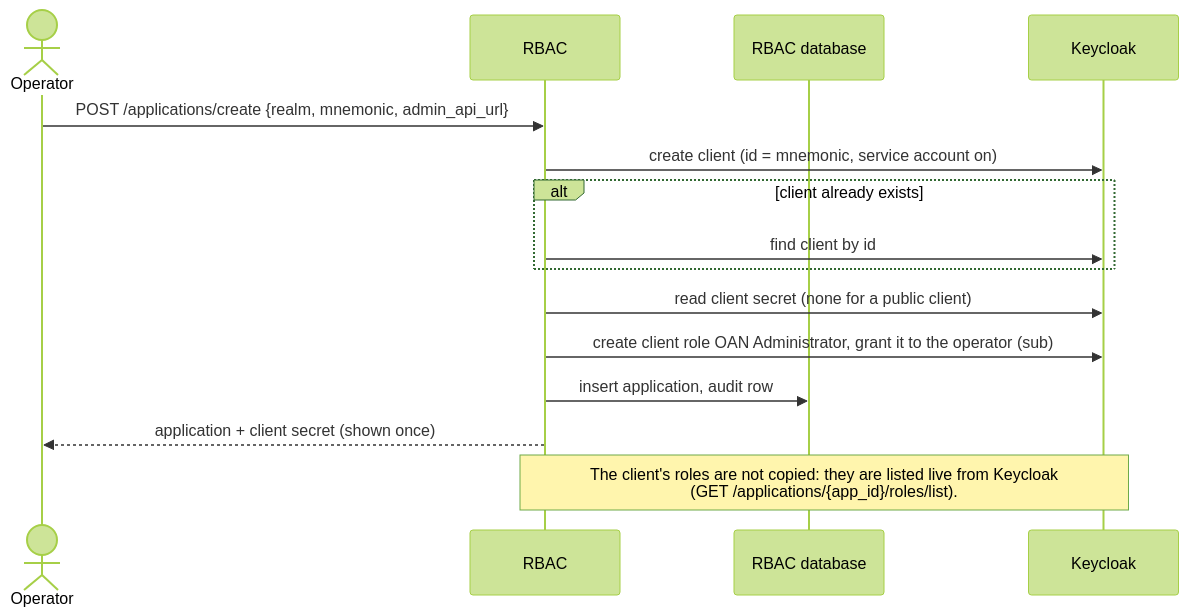
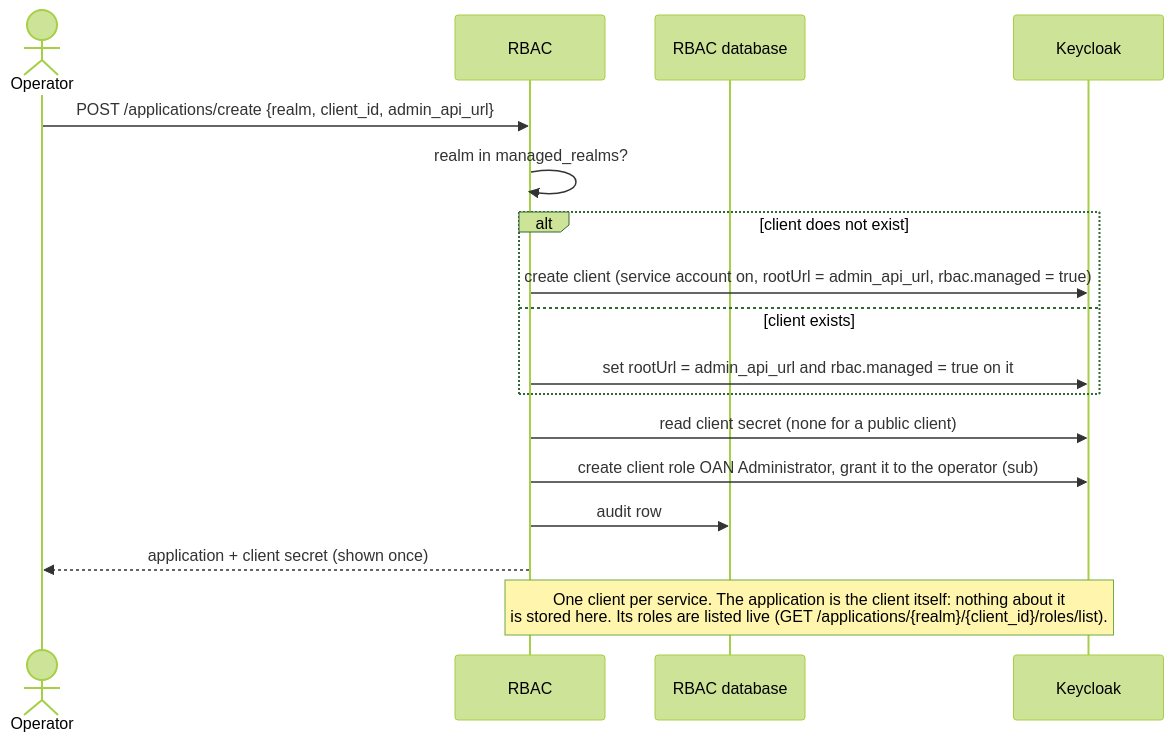
Before and after one commit to Centre-for-Open-Societal-Systems/oan_identitygovernance_service: the third of 6 diagrams in docs/sequence-diagrams.md, drawn with Mermaid (forest theme). The commit also changed other lines of this file and 15 other files, not shown here.

Commit message:
feat: read application roles live from Keycloak and update postman/helm

````diff
--- a/docs/sequence-diagrams.md
+++ b/docs/sequence-diagrams.md
@@ -49,18 +49,20 @@
 ```mermaid
 sequenceDiagram
     actor Op as Operator
     participant RBAC
     participant DB as RBAC database
     participant KC as Keycloak
 
-    Op->>RBAC: POST /applications/create {realm, mnemonic, admin_api_url}
-    RBAC->>KC: create client (id = mnemonic, service account on)
-    alt client already exists
-        RBAC->>KC: find client by id
+    Op->>RBAC: POST /applications/create {realm, client_id, admin_api_url}
+    RBAC->>RBAC: realm in managed_realms?
+    alt client does not exist
+        RBAC->>KC: create client (service account on, rootUrl = admin_api_url, rbac.managed = true)
+    else client exists
+        RBAC->>KC: set rootUrl = admin_api_url and rbac.managed = true on it
     end
     RBAC->>KC: read client secret (none for a public client)
     RBAC->>KC: create client role OAN Administrator, grant it to the operator (sub)
-    RBAC->>DB: insert application, audit row
+    RBAC->>DB: audit row
     RBAC-->>Op: application + client secret (shown once)
-    Note over RBAC,KC: The client's roles are not copied: they are listed live from Keycloak<br/>(GET /applications/{app_id}/roles/list).
+    Note over RBAC,KC: One client per service. The application is the client itself: nothing about it<br/>is stored here. Its roles are listed live (GET /applications/{realm}/{client_id}/roles/list).
 ```
````
